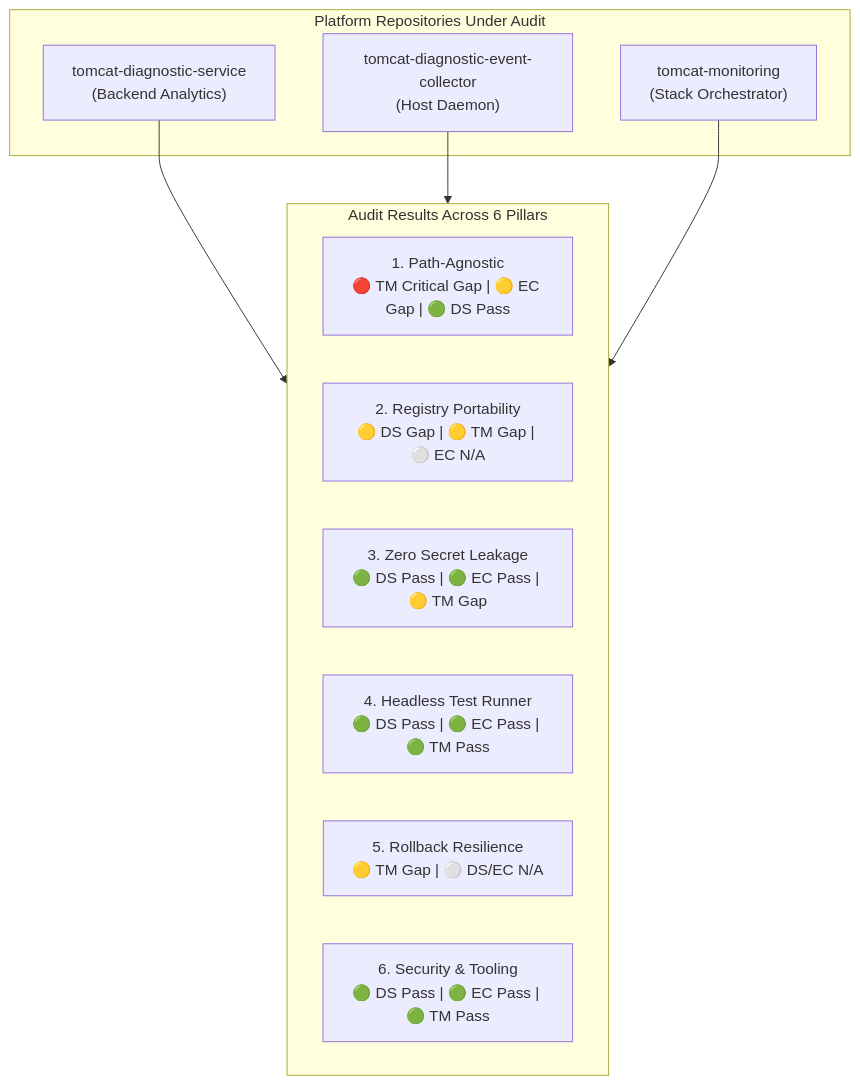
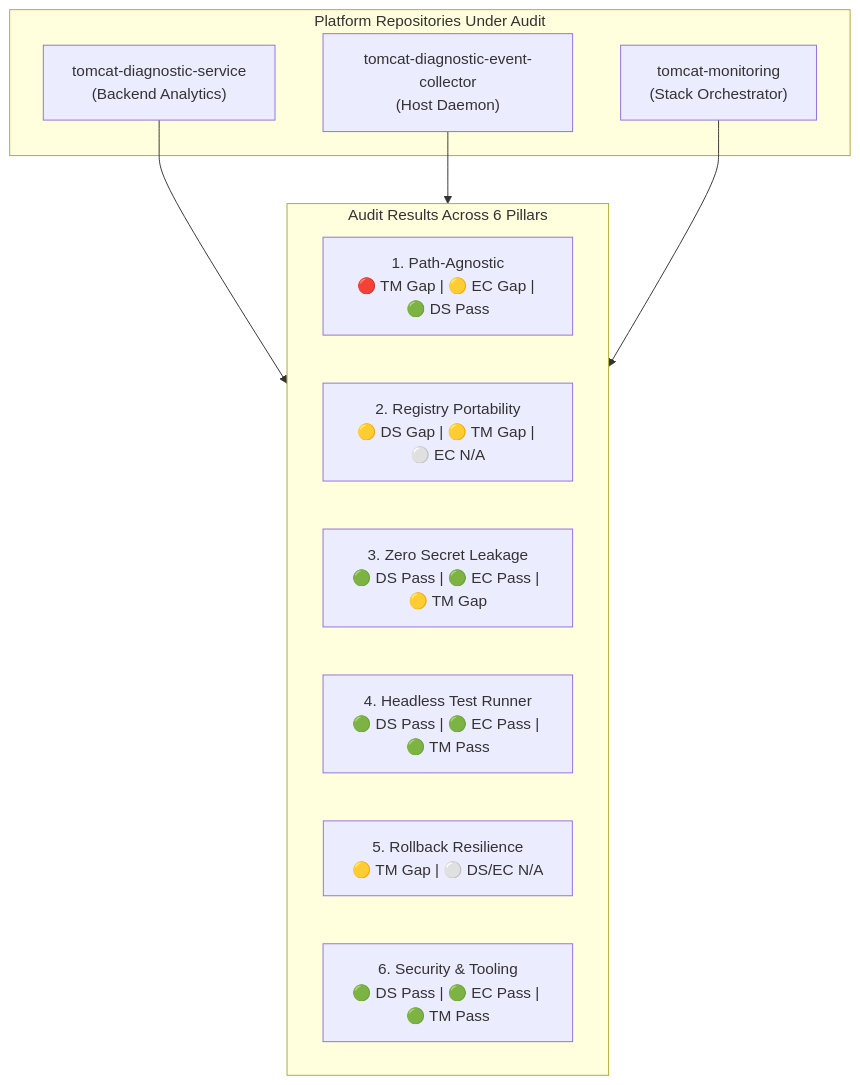
Before and after one commit to edkas07-oss/devops-handbook: the second of 3 diagrams in docs/projects/tomcat-monitoring/engineering-journal/continuous-integration-and-deployment/TN-002-audit-and-standardize-repositories-for-production-plug-and-play-readiness.md, drawn with Mermaid. The commit also changed other lines of this file, not shown here.

Commit message:
docs(tm): shorten and wrap mermaid node labels in TN-002 to prevent clipping

````diff
--- a/docs/projects/tomcat-monitoring/engineering-journal/continuous-integration-and-deployment/TN-002-audit-and-standardize-repositories-for-production-plug-and-play-readiness.md
+++ b/docs/projects/tomcat-monitoring/engineering-journal/continuous-integration-and-deployment/TN-002-audit-and-standardize-repositories-for-production-plug-and-play-readiness.md
@@ -189,21 +189,21 @@
 ```mermaid
 flowchart TD
     subgraph Repositories["Platform Repositories Under Audit"]
         DS["tomcat-diagnostic-service<br/>(Backend Analytics)"]
         EC["tomcat-diagnostic-event-collector<br/>(Host Daemon)"]
         TM["tomcat-monitoring<br/>(Stack Orchestrator)"]
     end
 
     subgraph AuditResults["Audit Results Across 6 Pillars"]
-        P1["1. Path-Agnostic<br/>🔴 TM Critical Gap | 🟡 EC Gap | 🟢 DS Pass"]
+        P1["1. Path-Agnostic<br/>🔴 TM Gap | 🟡 EC Gap | 🟢 DS Pass"]
         P2["2. Registry Portability<br/>🟡 DS Gap | 🟡 TM Gap | ⚪ EC N/A"]
         P3["3. Zero Secret Leakage<br/>🟢 DS Pass | 🟢 EC Pass | 🟡 TM Gap"]
         P4["4. Headless Test Runner<br/>🟢 DS Pass | 🟢 EC Pass | 🟢 TM Pass"]
         P5["5. Rollback Resilience<br/>🟡 TM Gap | ⚪ DS/EC N/A"]
         P6["6. Security & Tooling<br/>🟢 DS Pass | 🟢 EC Pass | 🟢 TM Pass"]
     end
 
     DS --> AuditResults
     EC --> AuditResults
     TM --> AuditResults
 ```
````
